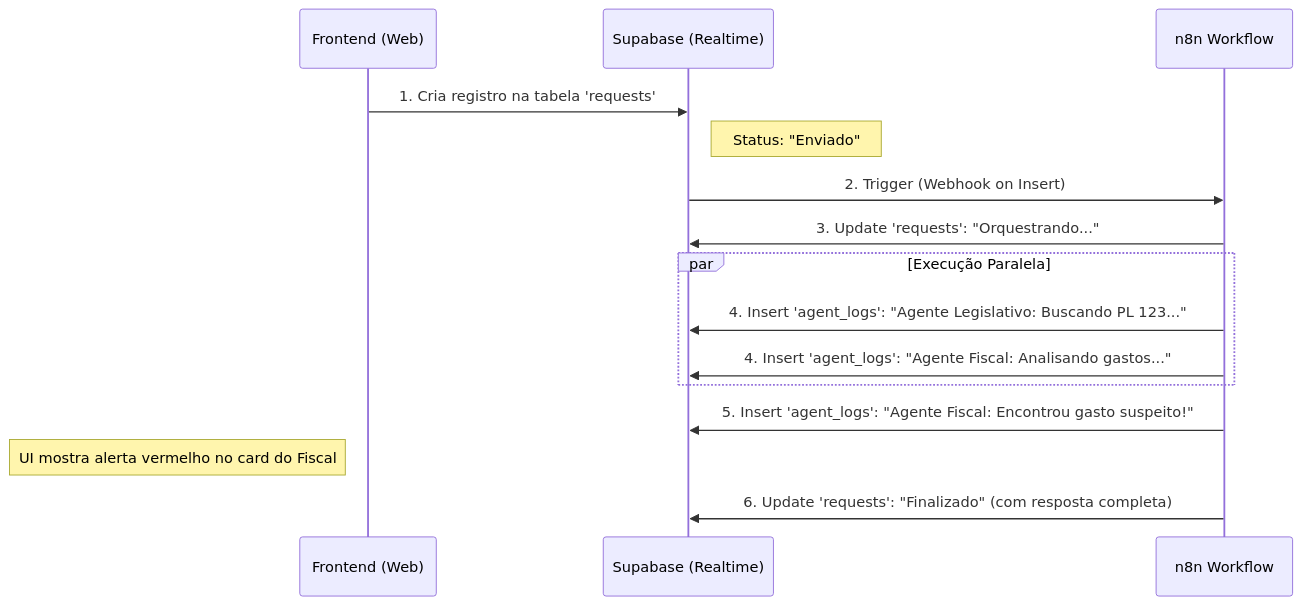
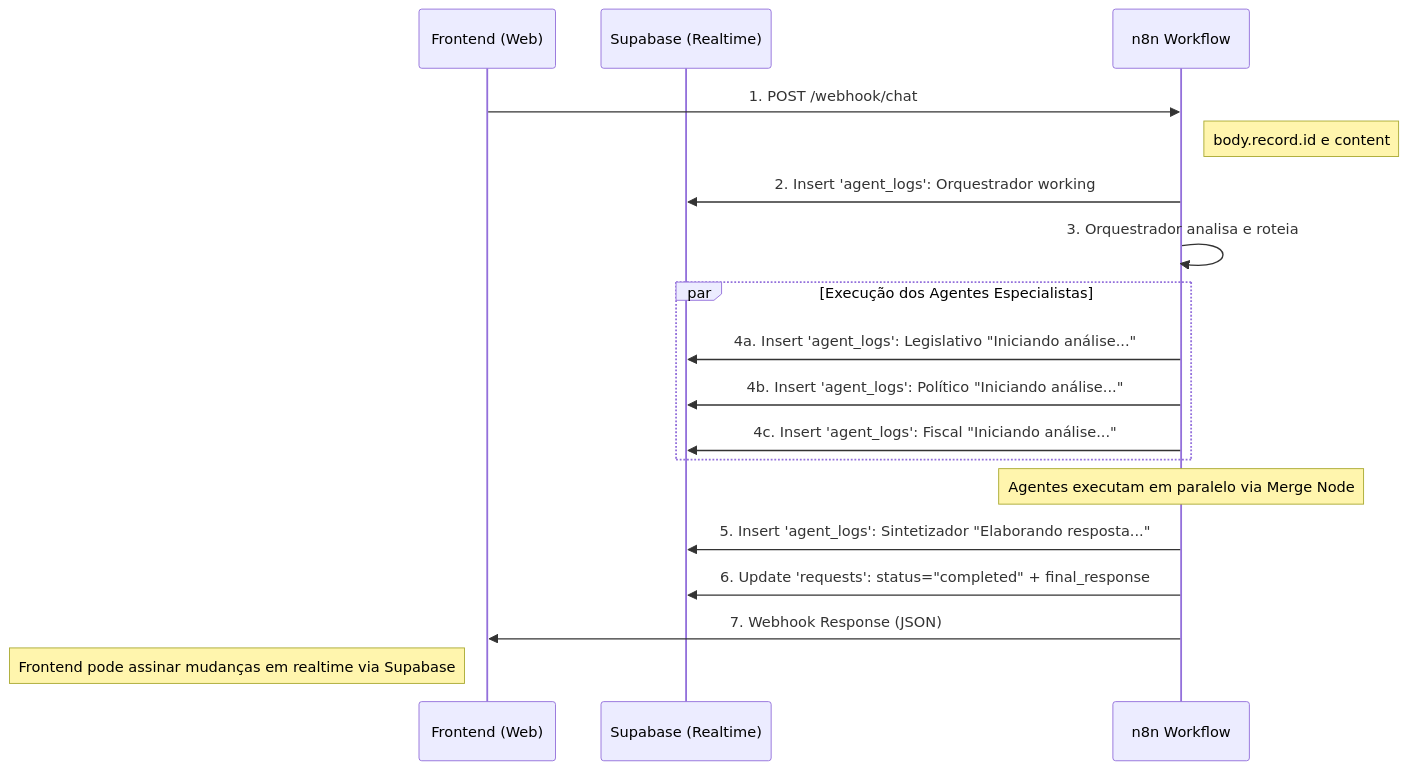
The second of 2 diagrams in multi_agent_architecture.md (gvc2000/AgenteCidadaoFrontEndAgentico), drawn with Mermaid before and after one commit. The commit also changed other lines of this file and 3 other files, not shown here.

````diff
--- a/multi_agent_architecture.md
+++ b/multi_agent_architecture.md
@@ -74,23 +190,29 @@
 ```mermaid
 sequenceDiagram
     participant User as Frontend (Web)
     participant DB as Supabase (Realtime)
     participant n8n as n8n Workflow
-    
-    User->>DB: 1. Cria registro na tabela 'requests'
-    Note right of DB: Status: "Enviado"
-    
-    DB->>n8n: 2. Trigger (Webhook on Insert)
-    
-    n8n->>DB: 3. Update 'requests': "Orquestrando..."
-    
-    par Execução Paralela
-        n8n->>DB: 4. Insert 'agent_logs': "Agente Legislativo: Buscando PL 123..."
-        n8n->>DB: 4. Insert 'agent_logs': "Agente Fiscal: Analisando gastos..."
+
+    User->>n8n: 1. POST /webhook/chat
+    Note right of n8n: body.record.id e content
+
+    n8n->>DB: 2. Insert 'agent_logs': Orquestrador working
+
+    n8n->>n8n: 3. Orquestrador analisa e roteia
+
+    par Execução dos Agentes Especialistas
+        n8n->>DB: 4a. Insert 'agent_logs': Legislativo "Iniciando análise..."
+        n8n->>DB: 4b. Insert 'agent_logs': Político "Iniciando análise..."
+        n8n->>DB: 4c. Insert 'agent_logs': Fiscal "Iniciando análise..."
     end
-    
-    n8n->>DB: 5. Insert 'agent_logs': "Agente Fiscal: Encontrou gasto suspeito!"
-    Note left of User: UI mostra alerta vermelho no card do Fiscal
-    
-    n8n->>DB: 6. Update 'requests': "Finalizado" (com resposta completa)
+
+    Note over n8n: Agentes executam em paralelo via Merge Node
+
+    n8n->>DB: 5. Insert 'agent_logs': Sintetizador "Elaborando resposta..."
+
+    n8n->>DB: 6. Update 'requests': status="completed" + final_response
+
+    n8n->>User: 7. Webhook Response (JSON)
+
+    Note left of User: Frontend pode assinar mudanças em realtime via Supabase
 ```
````
